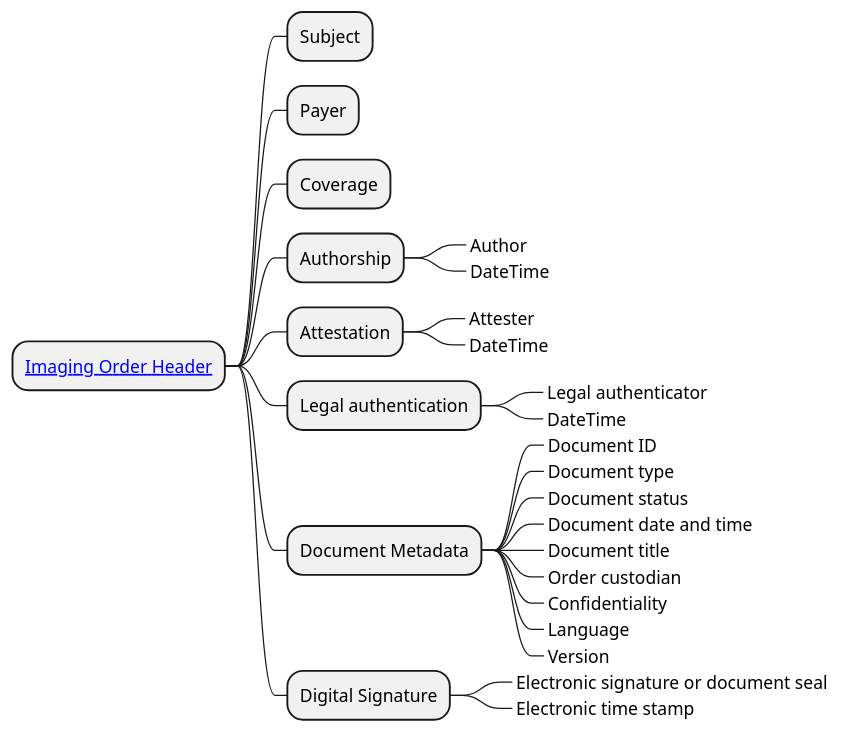
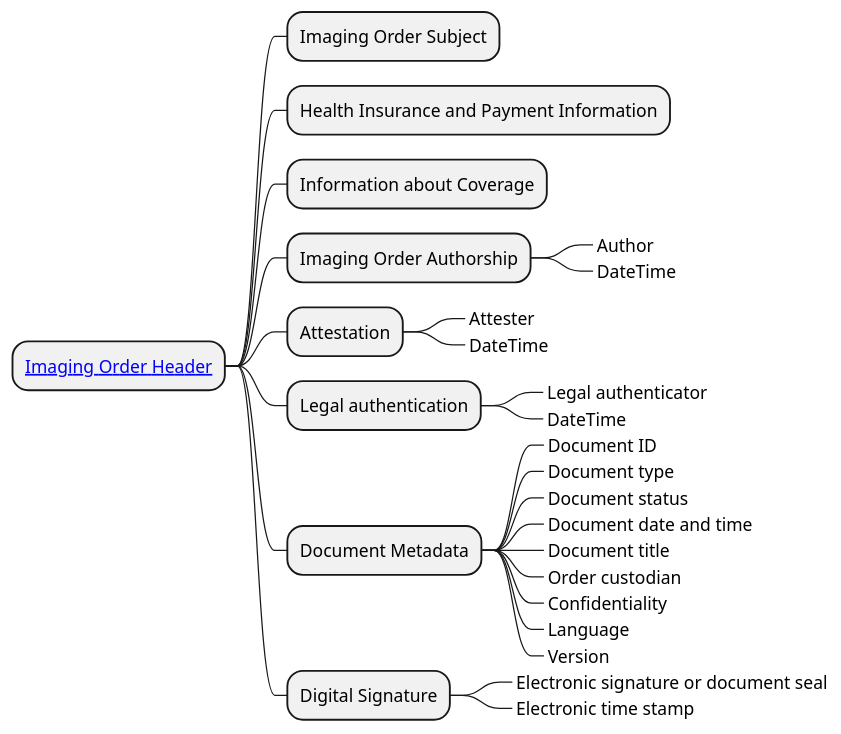
The diagram in input/images-source/imgOrderHead_CIM.plantuml (pvrana/img-order), drawn with PlantUML before and after one commit. The commit also changed 3 other files, not shown here.

```diff
--- a/input/images-source/imgOrderHead_CIM.plantuml
+++ b/input/images-source/imgOrderHead_CIM.plantuml
@@ -1,62 +1,62 @@
 @startmindmap
 skinparam topurl StructureDefinition-
 
 * [[ImagingOrderCz.html Imaging Order Header]]
-** Subject
+** Imaging Order Subject
 /'    Shell we keep or not?
 ** Preferred Health Professional
 '/
-** Payer
+** Health Insurance and Payment Information
 /' ***_ Health insurance code
 ***_ Health insurance name
 ***_ Health insurance number '/
-** Coverage
-** Authorship
+** Information about Coverage
+** Imaging Order Authorship
 ***_ Author
 ***_ DateTime
 ** Attestation
 ***_ Attester
 ***_ DateTime
 ** Legal authentication
 ***_ Legal authenticator
 ***_ DateTime
 ** Document Metadata
 ***_ Document ID
 ***_ Document type
 ***_ Document status
 ***_ Document date and time
 ***_ Document title
 ***_ Order custodian
 ***_ Confidentiality
 ***_ Language
 ***_ Version
 ** Digital Signature
 ***_ Electronic signature or document seal
 ***_ Electronic time stamp
 /' ** Intended recipient
 ** Authorship
 ***_ Author
 ***_ DateTime
 ** Attestation
 ***_ Attester
 ***_ DateTime
 ** Legal authentication
 ***_ Legal authenticator
 ***_ DateTime
 ** Document metadata
 ***_ Document ID
 ***_ Document type
 ***_ Document status
 ***_ Period
 ***_ Report date and time
 ***_ Document title
 ***_ Event type
 ***_ Specialty
 ***_ Report custodian
 ***_ Document format
 ***_ Confidentiality
 ***_ Language
 ***_ Version
 ***_ Study Instance UID
 ***_ Accession number '/
 @endmindmap
```
